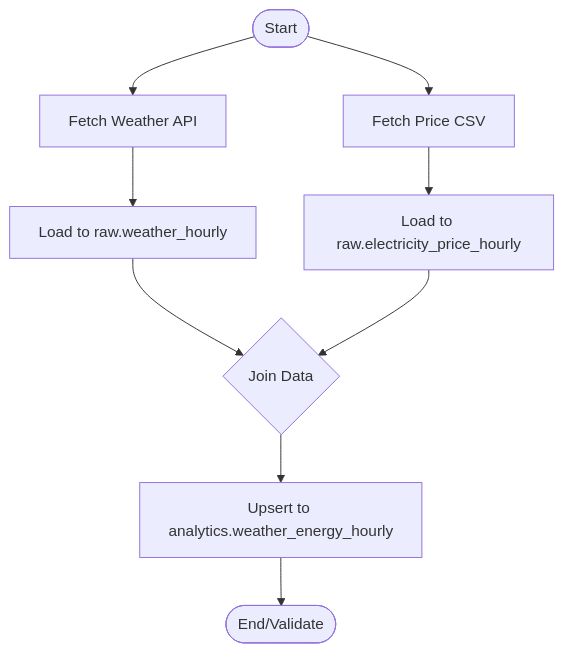
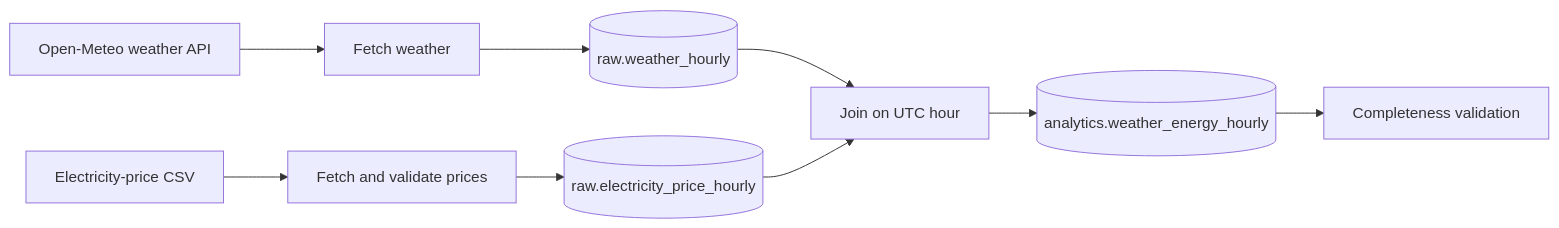
One commit to aminnkhann/ClimateWatt changed the diagram in README.md. Above: the diagram before and after it, drawn with Mermaid. The commit also changed other lines of this file and 5 other files, not shown here.

````diff
--- a/README.md
+++ b/README.md
@@ -38,11 +26,11 @@
 ```mermaid
-graph TD
-    A([Start]) --> B[Fetch Weather API]
-    A --> C[Fetch Price CSV]
-    B --> D[Load to raw.weather_hourly]
-    C --> E[Load to raw.electricity_price_hourly]
-    D --> F{Join Data}
-    E --> F
-    F --> G[Upsert to analytics.weather_energy_hourly]
-    G --> H([End/Validate])
+flowchart LR
+    W[Open-Meteo weather API] --> FW[Fetch weather]
+    P[Electricity-price CSV] --> FP[Fetch and validate prices]
+    FW --> RW[(raw.weather_hourly)]
+    FP --> RP[(raw.electricity_price_hourly)]
+    RW --> J[Join on UTC hour]
+    RP --> J
+    J --> A[(analytics.weather_energy_hourly)]
+    A --> V[Completeness validation]
 ```
````
